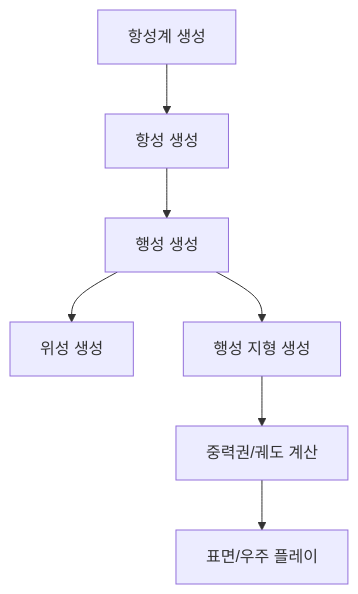
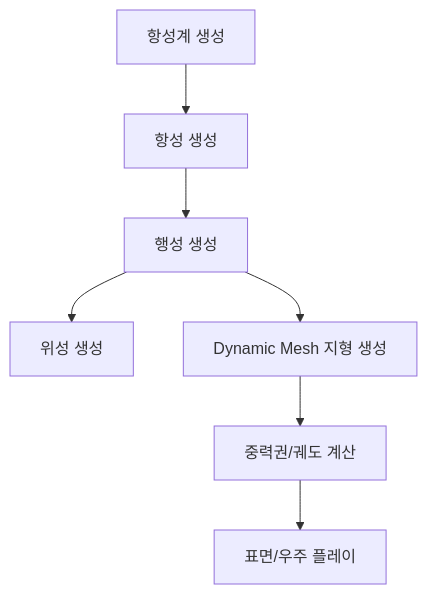
One commit to TeamCOZI/StarRovers changed the diagram in README.md. Above: the diagram before and after it, drawn with Mermaid. The commit also changed other lines of this file and 29 other files, not shown here.

````diff
--- a/README.md
+++ b/README.md
@@ -39,9 +28,9 @@
 ```mermaid
 flowchart TD
     Start[항성계 생성] --> Star[항성 생성]
     Star --> Planets[행성 생성]
     Planets --> Moons[위성 생성]
-    Planets --> Terrain[행성 지형 생성]
+    Planets --> Terrain[Dynamic Mesh 지형 생성]
     Terrain --> Gravity[중력권/궤도 계산]
     Gravity --> Gameplay[표면/우주 플레이]
 ```
````
